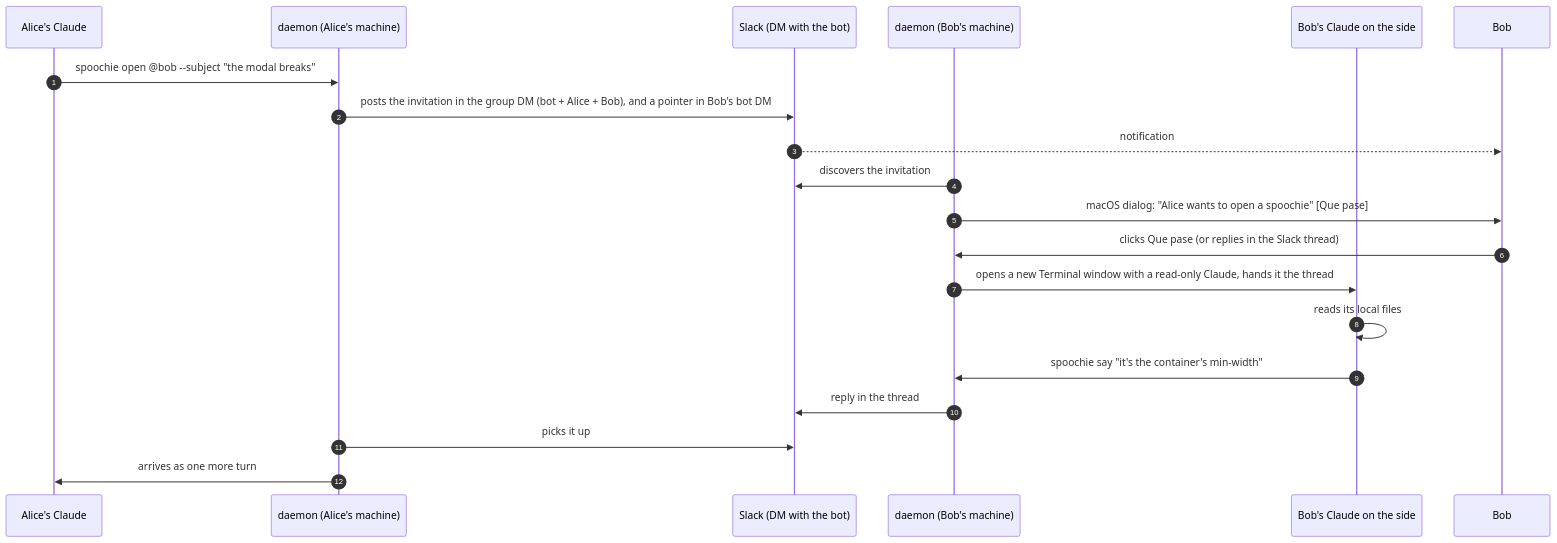
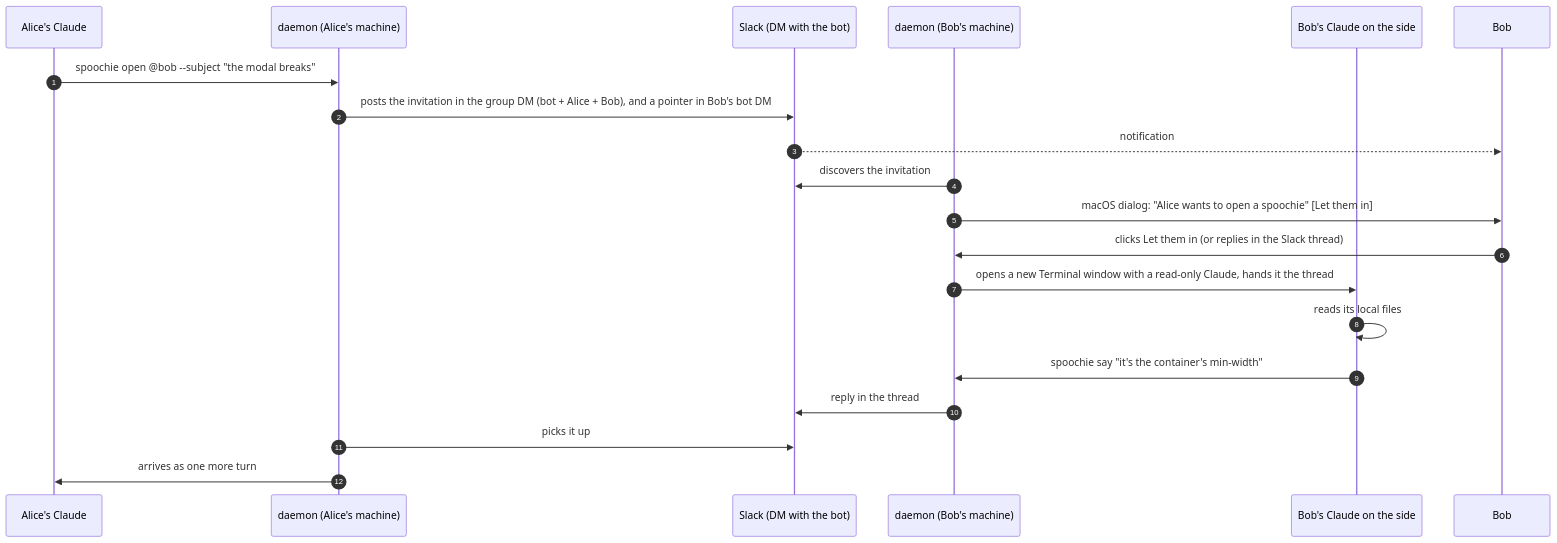
Before and after one commit to edugargar/spoochie: the first of 2 diagrams in README.md, drawn with Mermaid. The commit also changed other lines of this file and 108 other files, not shown here.

````diff
--- a/README.md
+++ b/README.md
@@ -114,23 +114,23 @@
 ```mermaid
 sequenceDiagram
     autonumber
     participant CA as Alice's Claude
     participant DA as daemon (Alice's machine)
     participant S as Slack (DM with the bot)
     participant DB as daemon (Bob's machine)
     participant CB as Bob's Claude on the side
     participant B as Bob
 
     CA->>DA: spoochie open @bob --subject "the modal breaks"
     DA->>S: posts the invitation in the group DM (bot + Alice + Bob), and a pointer in Bob's bot DM
     S-->>B: notification
     DB->>S: discovers the invitation
-    DB->>B: macOS dialog: "Alice wants to open a spoochie" [Que pase]
-    B->>DB: clicks Que pase (or replies in the Slack thread)
+    DB->>B: macOS dialog: "Alice wants to open a spoochie" [Let them in]
+    B->>DB: clicks Let them in (or replies in the Slack thread)
     DB->>CB: opens a new Terminal window with a read-only Claude, hands it the thread
     CB->>CB: reads its local files
     CB->>DB: spoochie say "it's the container's min-width"
     DB->>S: reply in the thread
     DA->>S: picks it up
     DA->>CA: arrives as one more turn
 ```
````
